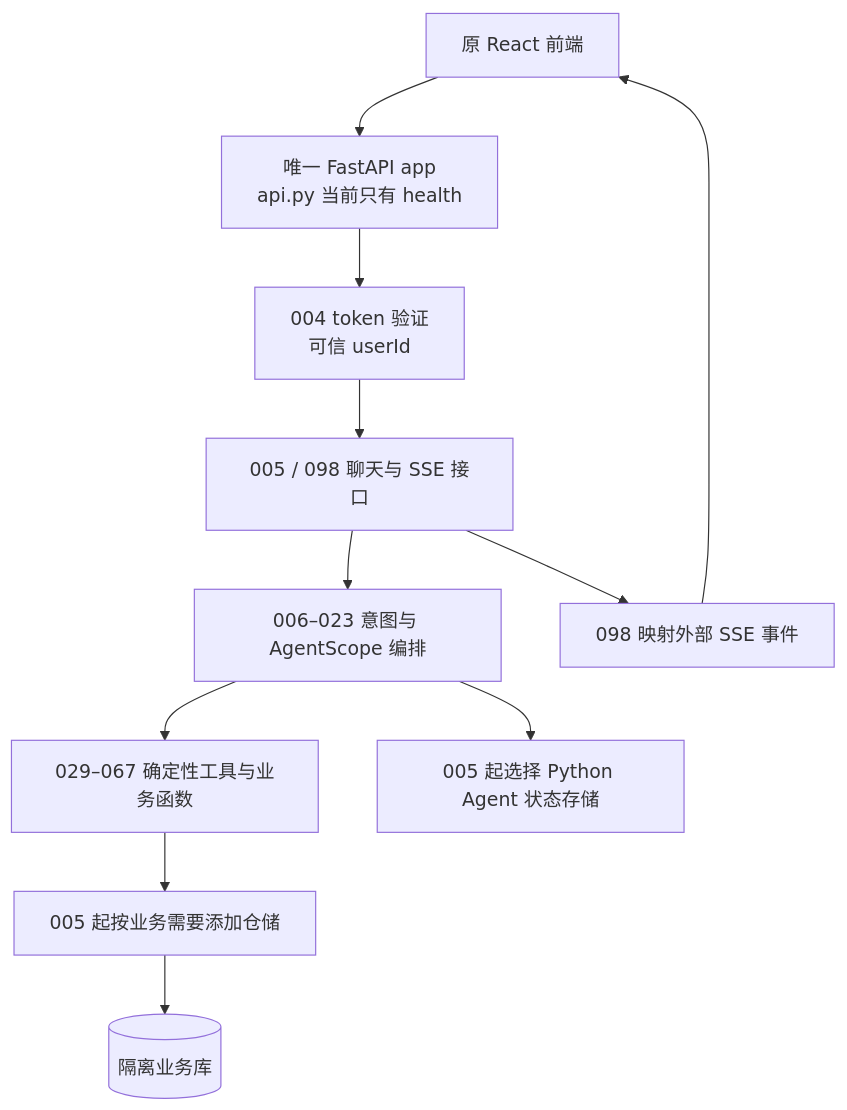
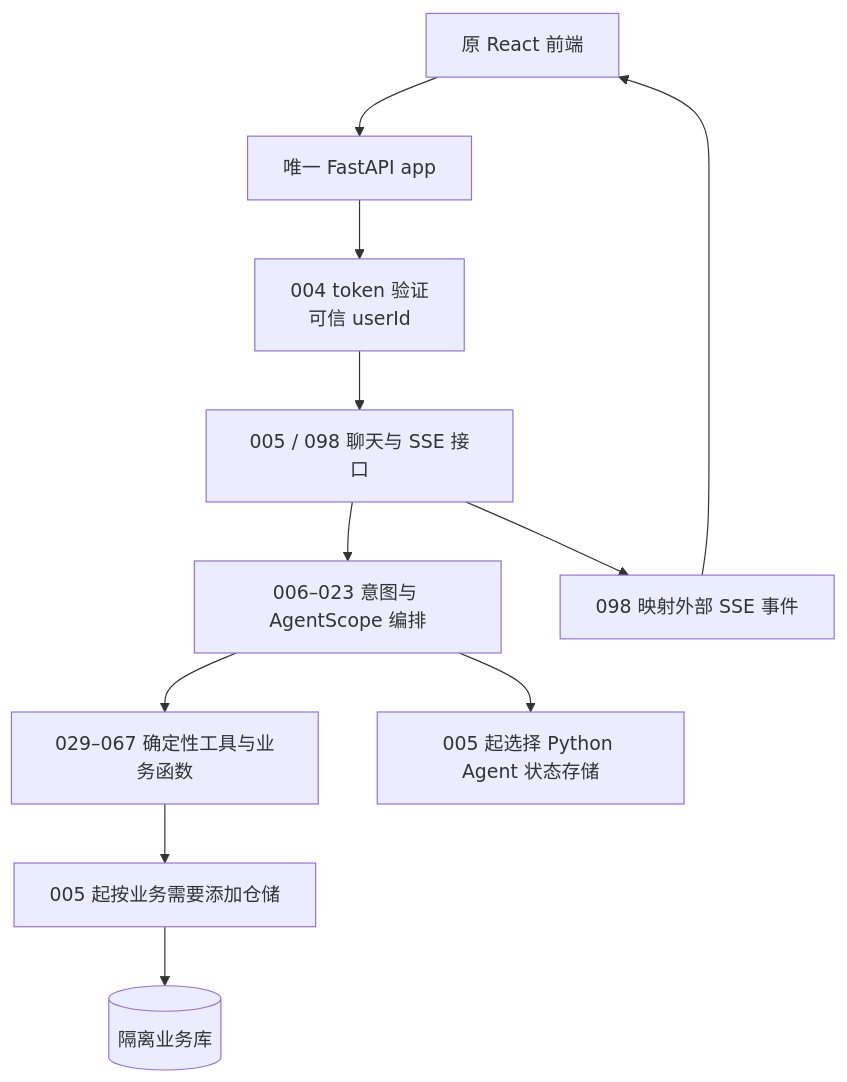
Before and after one commit to tengjiaozhai/gogo-agent: the second of 2 diagrams in docs/架构/003-整体架构与HTTP入口.md, drawn with Mermaid. The commit also changed other lines of this file and 15 other files, not shown here.

Commit message:
feat: 完成 024 Agent 配置与 023 调用图解

````diff
--- a/docs/架构/003-整体架构与HTTP入口.md
+++ b/docs/架构/003-整体架构与HTTP入口.md
@@ -48,13 +48,13 @@
 ```mermaid
 flowchart TD
-    UI[原 React 前端] --> API[唯一 FastAPI app<br/>api.py 当前只有 health]
+    UI[原 React 前端] --> API[唯一 FastAPI app]
     API --> AUTH[004 token 验证<br/>可信 userId]
     AUTH --> CHAT[005 / 098 聊天与 SSE 接口]
     CHAT --> ORCH[006–023 意图与 AgentScope 编排]
     ORCH --> TOOLS[029–067 确定性工具与业务函数]
     TOOLS --> REPO[005 起按业务需要添加仓储]
     REPO --> DB[(隔离业务库)]
     ORCH --> STATE[005 起选择 Python Agent 状态存储]
     CHAT --> STREAM[098 映射外部 SSE 事件]
     STREAM --> UI
 ```
````
